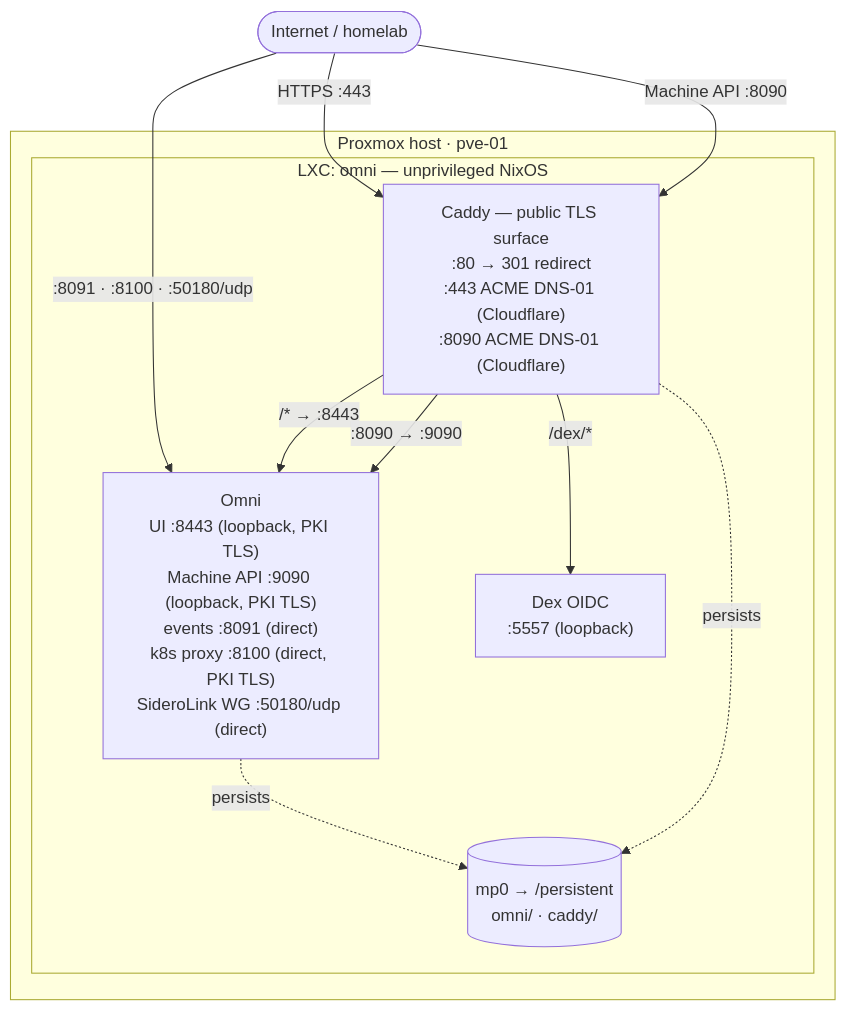
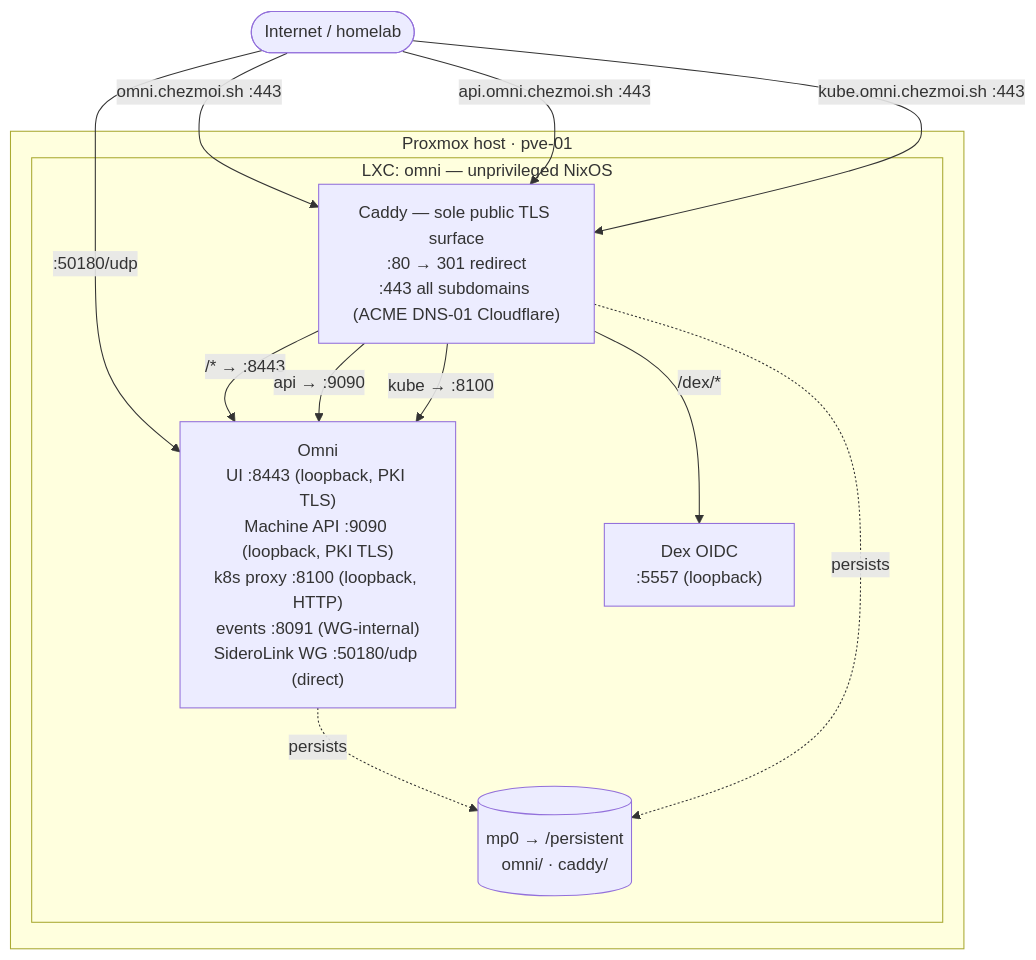
Before and after one commit to chezmoidotsh/arcane: the diagram in projects/chezmoi.sh/src/infrastructure/proxmox/lxc/omni/README.md, drawn with Mermaid. The commit also changed other lines of this file and 6 other files, not shown here.

First line of the commit message:
~[project:chezmoi.sh,catalog:nix]: Route Omni services via HTTPS subdomains

````diff
--- a/projects/chezmoi.sh/src/infrastructure/proxmox/lxc/omni/README.md
+++ b/projects/chezmoi.sh/src/infrastructure/proxmox/lxc/omni/README.md
@@ -25,22 +25,24 @@
 ```mermaid
 flowchart TB
     net(["Internet / homelab"])
 
     subgraph host["Proxmox host · pve-01"]
         subgraph lxc["LXC: omni — unprivileged NixOS"]
-            caddy["Caddy — public TLS surface<br/>:80 → 301 redirect<br/>:443 ACME DNS-01 (Cloudflare)<br/>:8090 ACME DNS-01 (Cloudflare)"]
-            omni["Omni<br/>UI :8443 (loopback, PKI TLS)<br/>Machine API :9090 (loopback, PKI TLS)<br/>events :8091 (direct)<br/>k8s proxy :8100 (direct, PKI TLS)<br/>SideroLink WG :50180/udp (direct)"]
+            caddy["Caddy — sole public TLS surface<br/>:80 → 301 redirect<br/>:443 all subdomains (ACME DNS-01 Cloudflare)"]
+            omni["Omni<br/>UI :8443 (loopback, PKI TLS)<br/>Machine API :9090 (loopback, PKI TLS)<br/>k8s proxy :8100 (loopback, HTTP)<br/>events :8091 (WG-internal)<br/>SideroLink WG :50180/udp (direct)"]
             dex["Dex OIDC<br/>:5557 (loopback)"]
             vol[("mp0 → /persistent<br/>omni/ · caddy/")]
         end
     end
 
-    net -->|"HTTPS :443"| caddy
-    net -->|"Machine API :8090"| caddy
-    net -->|":8091 · :8100 · :50180/udp"| omni
+    net -->|"omni.chezmoi.sh :443"| caddy
+    net -->|"api.omni.chezmoi.sh :443"| caddy
+    net -->|"kube.omni.chezmoi.sh :443"| caddy
+    net -->|":50180/udp"| omni
     caddy -->|"/dex/*"| dex
     caddy -->|"/* → :8443"| omni
-    caddy -->|":8090 → :9090"| omni
+    caddy -->|"api → :9090"| omni
+    caddy -->|"kube → :8100"| omni
     omni -. persists .-> vol
     caddy -. persists .-> vol
 ```
````
